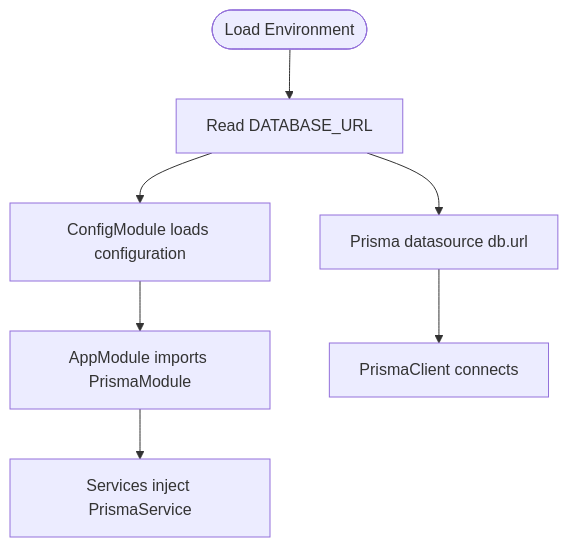
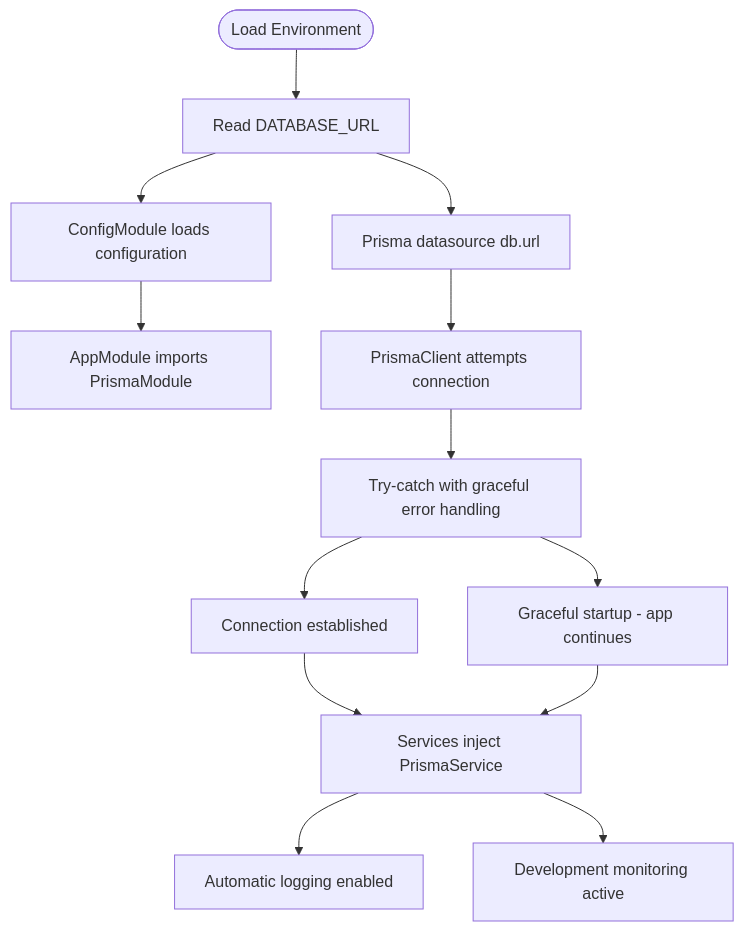
The fifth of 7 diagrams in .qoder/repowiki/en/content/Shared Libraries/Database Library.md (Avi-Bendetsky/Quiz-to-build), drawn with Mermaid before and after one commit. The commit also changed other lines of this file and 41 other files, not shown here.

````diff
--- a/.qoder/repowiki/en/content/Shared Libraries/Database Library.md
+++ b/.qoder/repowiki/en/content/Shared Libraries/Database Library.md
@@ -234,9 +293,15 @@
 ```mermaid
 flowchart TD
 Start(["Load Environment"]) --> ReadDB["Read DATABASE_URL"]
 ReadDB --> PrismaCfg["Prisma datasource db.url"]
 ReadDB --> AppConfig["ConfigModule loads configuration"]
 AppConfig --> AppModule["AppModule imports PrismaModule"]
-PrismaCfg --> PrismaClient["PrismaClient connects"]
-AppModule --> Services["Services inject PrismaService"]
+PrismaCfg --> PrismaClient["PrismaClient attempts connection"]
+PrismaClient --> TryCatch["Try-catch with graceful error handling"]
+TryCatch --> Success["Connection established"]
+TryCatch --> Failure["Graceful startup - app continues"]
+Success --> Services["Services inject PrismaService"]
+Failure --> Services
+Services --> Logging["Automatic logging enabled"]
+Services --> Monitoring["Development monitoring active"]
 ```
````
